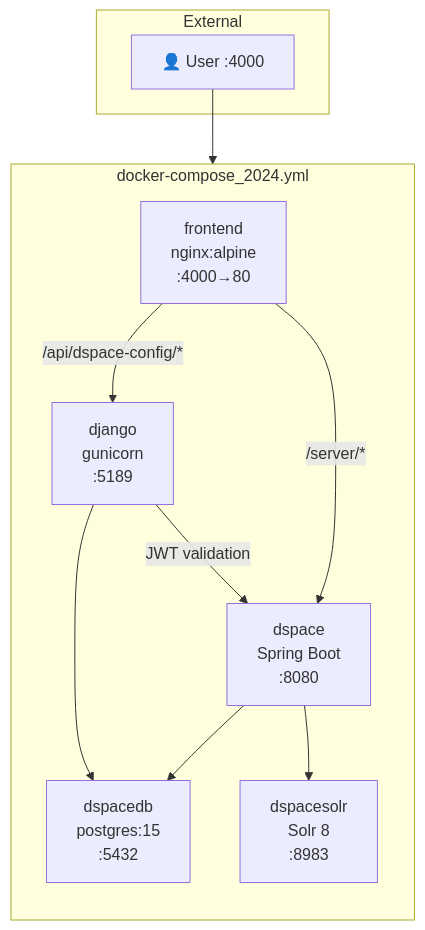
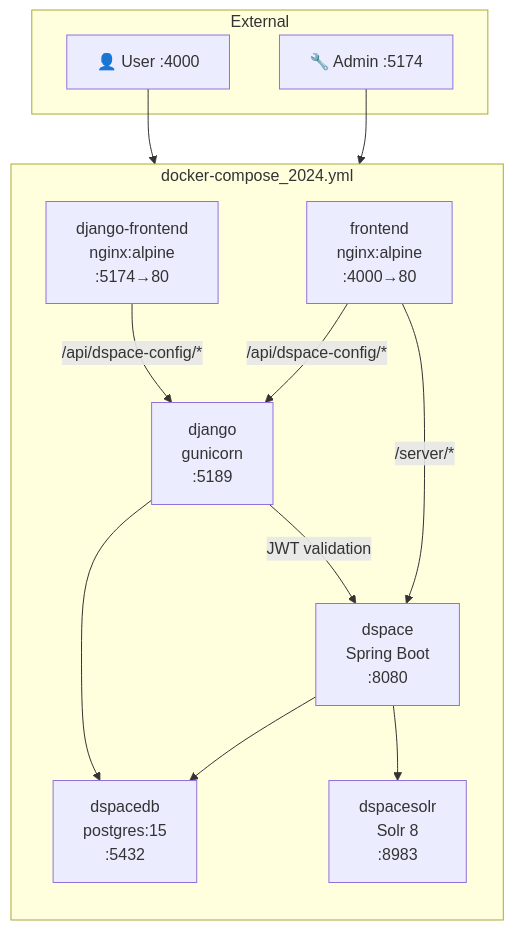
Before and after one commit to sszepe/dspace-cris-cockpit-docu: the diagram in dev/deployment.md, drawn with Mermaid. The commit also changed other lines of this file and 5 other files, not shown here.

Commit message:
add django-frontend basic info for architecture diagram, dev docu and admin roles

````diff
--- a/dev/deployment.md
+++ b/dev/deployment.md
@@ -15,23 +15,27 @@
 ```mermaid
 graph TB
     subgraph External
         User["👤 User :4000"]
+        Admin["🔧 Admin :5174"]
     end
 
     subgraph "docker-compose_2024.yml"
         direction TB
         FE["frontend\nnginx:alpine\n:4000→80"]
+        DJF["django-frontend\nnginx:alpine\n:5174→80"]
         DS["dspace\nSpring Boot\n:8080"]
         DJ["django\ngunicorn\n:5189"]
         Solr["dspacesolr\nSolr 8\n:8983"]
         PG["dspacedb\npostgres:15\n:5432"]
     end
 
     User --> FE
+    Admin --> DJF
     FE -->|"/server/*"| DS
     FE -->|"/api/dspace-config/*"| DJ
+    DJF -->|"/api/dspace-config/*"| DJ
     DS --> PG
     DS --> Solr
     DJ --> PG
     DJ -->|"JWT validation"| DS
 ```
````
